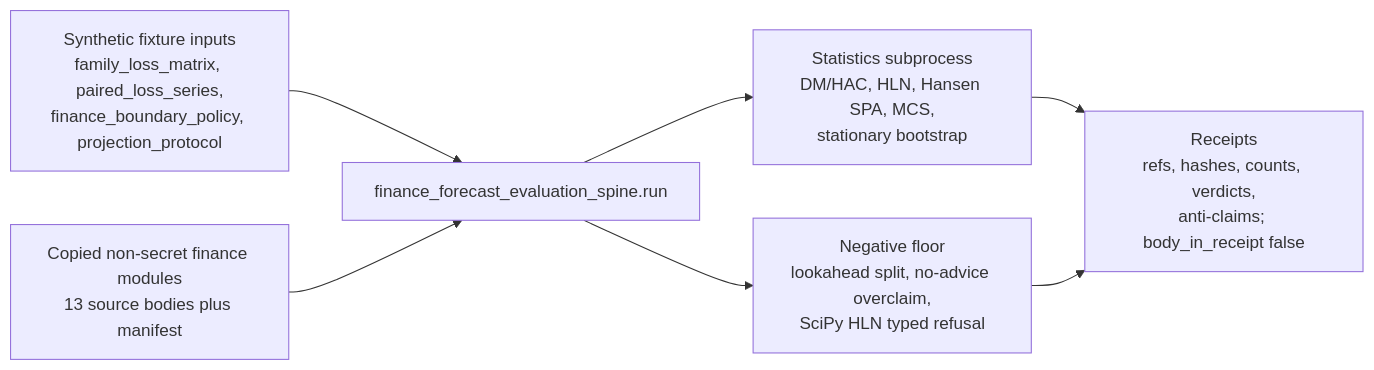
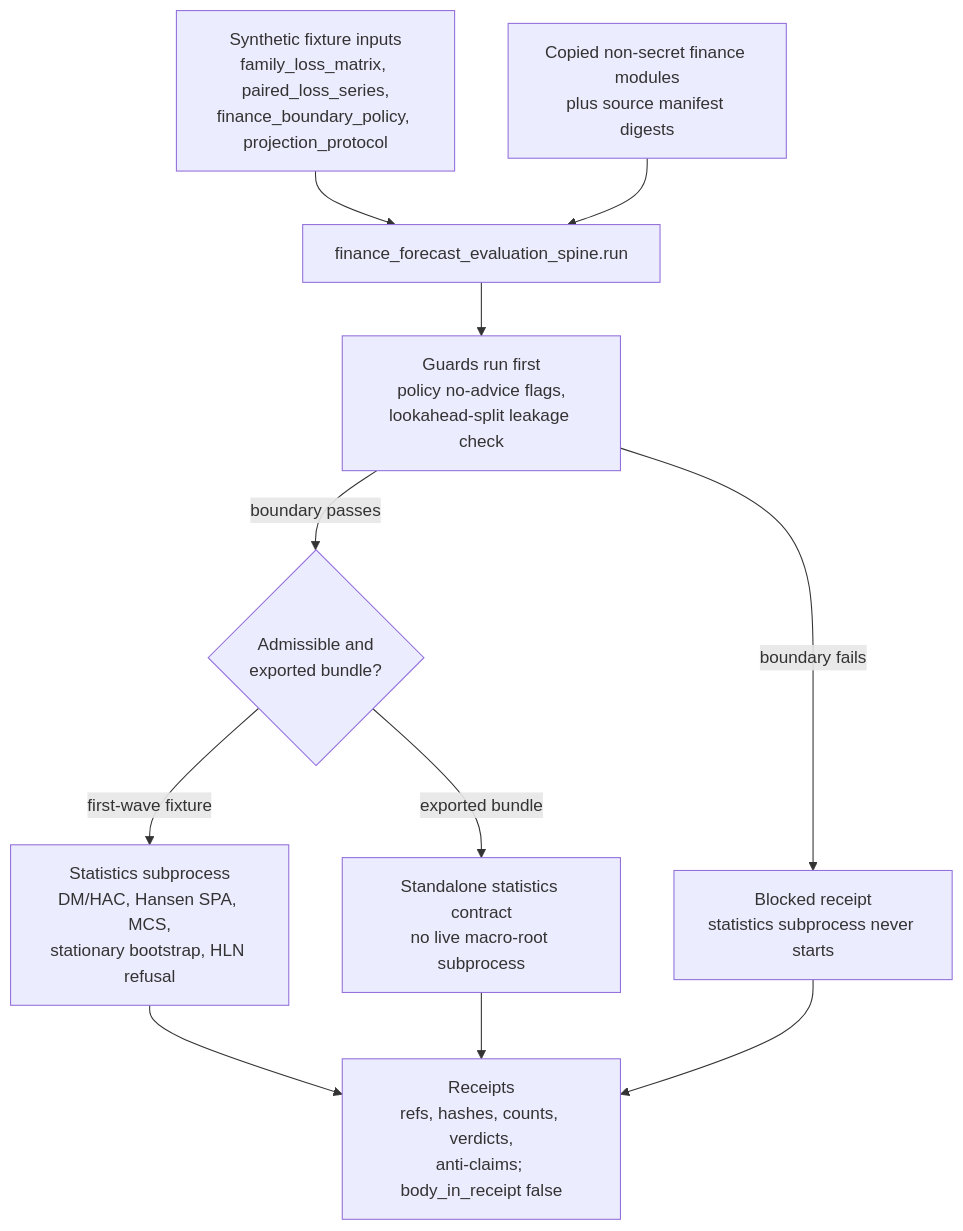
One commit to wcook04/plectis changed the diagram in paper_modules/finance_forecast_evaluation_spine.md. Above: the diagram before and after it, drawn with Mermaid. The commit also changed other lines of this file and 14 other files, not shown here.

````diff
--- a/paper_modules/finance_forecast_evaluation_spine.md
+++ b/paper_modules/finance_forecast_evaluation_spine.md
@@ -25,16 +35,23 @@
 ```mermaid
-flowchart LR
+flowchart TD
   Fixture["Synthetic fixture inputs\nfamily_loss_matrix, paired_loss_series,\nfinance_boundary_policy, projection_protocol"]
-  Source["Copied non-secret finance modules\n13 source bodies plus manifest"]
+  Source["Copied non-secret finance modules\nplus source manifest digests"]
   Runner["finance_forecast_evaluation_spine.run"]
-  Stats["Statistics subprocess\nDM/HAC, HLN, Hansen SPA, MCS,\nstationary bootstrap"]
-  Negative["Negative floor\nlookahead split, no-advice overclaim,\nSciPy HLN typed refusal"]
+  Guards["Guards run first\npolicy no-advice flags,\nlookahead-split leakage check"]
+  Blocked["Blocked receipt\nstatistics subprocess never starts"]
+  Branch{"Admissible and\nexported bundle?"}
+  Subprocess["Statistics subprocess\nDM/HAC, Hansen SPA, MCS,\nstationary bootstrap, HLN refusal"]
+  Standalone["Standalone statistics contract\nno live macro-root subprocess"]
   Receipt["Receipts\nrefs, hashes, counts, verdicts,\nanti-claims; body_in_receipt false"]
 
   Fixture --> Runner
   Source --> Runner
-  Runner --> Stats
-  Runner --> Negative
-  Stats --> Receipt
-  Negative --> Receipt
+  Runner --> Guards
+  Guards -->|"boundary fails"| Blocked
+  Guards -->|"boundary passes"| Branch
+  Branch -->|"first-wave fixture"| Subprocess
+  Branch -->|"exported bundle"| Standalone
+  Subprocess --> Receipt
+  Standalone --> Receipt
+  Blocked --> Receipt
 ```
````
